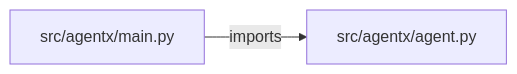
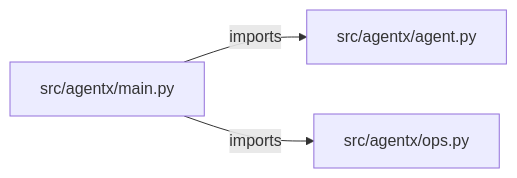
Before and after one commit to iarsingh/enterprise-multi-agent-gateway: the diagram in PROJECT_ARCHITECTURE.md, drawn with Mermaid. The commit also changed other lines of this file and 2 other files, not shown here.

Commit message:
Refresh architecture and interview guides from current implementation

````diff
--- a/PROJECT_ARCHITECTURE.md
+++ b/PROJECT_ARCHITECTURE.md
@@ -13,6 +13,8 @@
 ```mermaid
 flowchart LR
     M0["src/agentx/agent.py"]
     M1["src/agentx/main.py"]
+    M2["src/agentx/ops.py"]
     M1 -->|imports| M0
+    M1 -->|imports| M2
 ```
````
